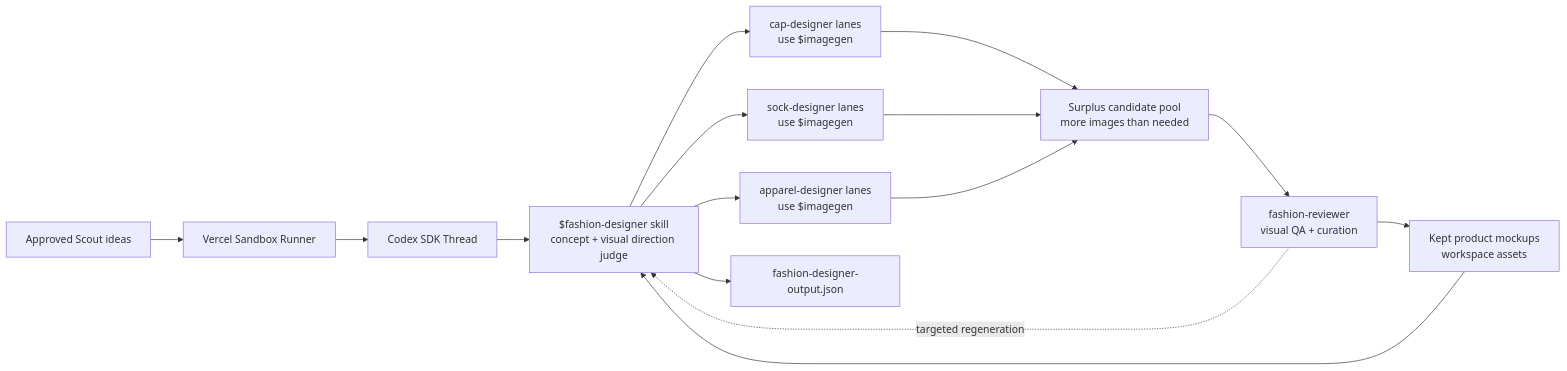
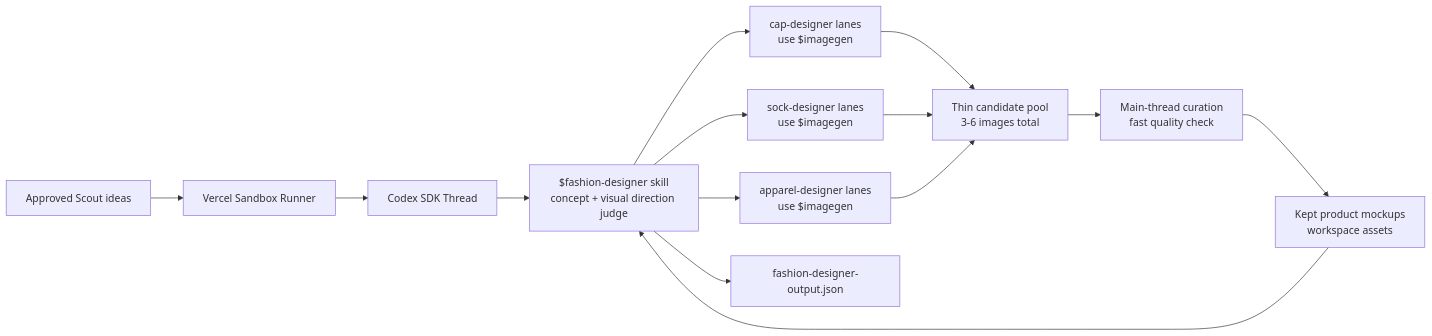
One commit to neilsanghrajka/drip changed the diagram in docs/FASHION_DESIGNER.md. Above: the diagram before and after it, drawn with Mermaid. The commit also changed other lines of this file and 4 other files, not shown here.

Commit message:
Speed up designer thin-lane generation

````diff
--- a/docs/FASHION_DESIGNER.md
+++ b/docs/FASHION_DESIGNER.md
@@ -16,27 +16,26 @@
 ```mermaid
 flowchart LR
   Scout["Approved Scout ideas"]
   Runner["Vercel Sandbox Runner"]
   Codex["Codex SDK Thread"]
   Designer["$fashion-designer skill<br/>concept + visual direction judge"]
   Cap["cap-designer lanes<br/>use $imagegen"]
   Socks["sock-designer lanes<br/>use $imagegen"]
   Apparel["apparel-designer lanes<br/>use $imagegen"]
-  Pool["Surplus candidate pool<br/>more images than needed"]
-  Reviewer["fashion-reviewer<br/>visual QA + curation"]
+  Pool["Thin candidate pool<br/>3-6 images total"]
+  Curate["Main-thread curation<br/>fast quality check"]
   Assets["Kept product mockups<br/>workspace assets"]
   Output["fashion-designer-output.json"]
 
   Scout --> Runner --> Codex --> Designer
   Designer --> Cap
   Designer --> Socks
   Designer --> Apparel
   Cap --> Pool
   Socks --> Pool
   Apparel --> Pool
-  Pool --> Reviewer
-  Reviewer --> Assets
-  Reviewer -. targeted regeneration .-> Designer
+  Pool --> Curate
+  Curate --> Assets
   Assets --> Designer
   Designer --> Output
 ```
````
